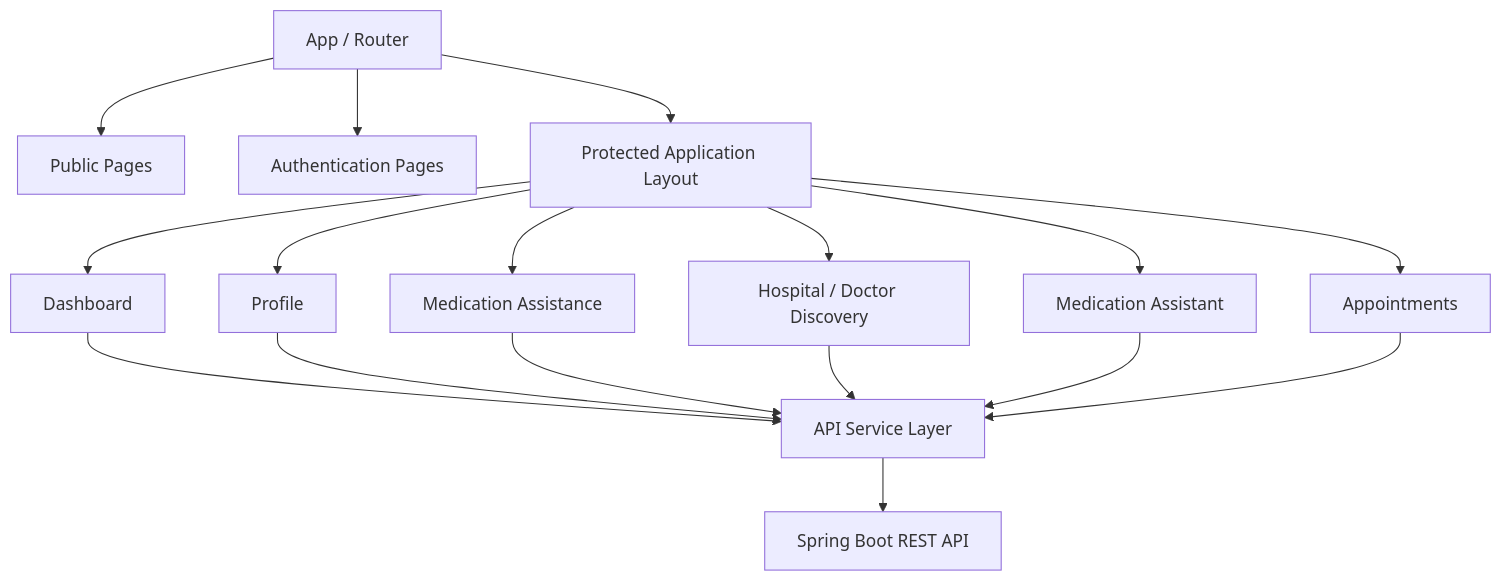
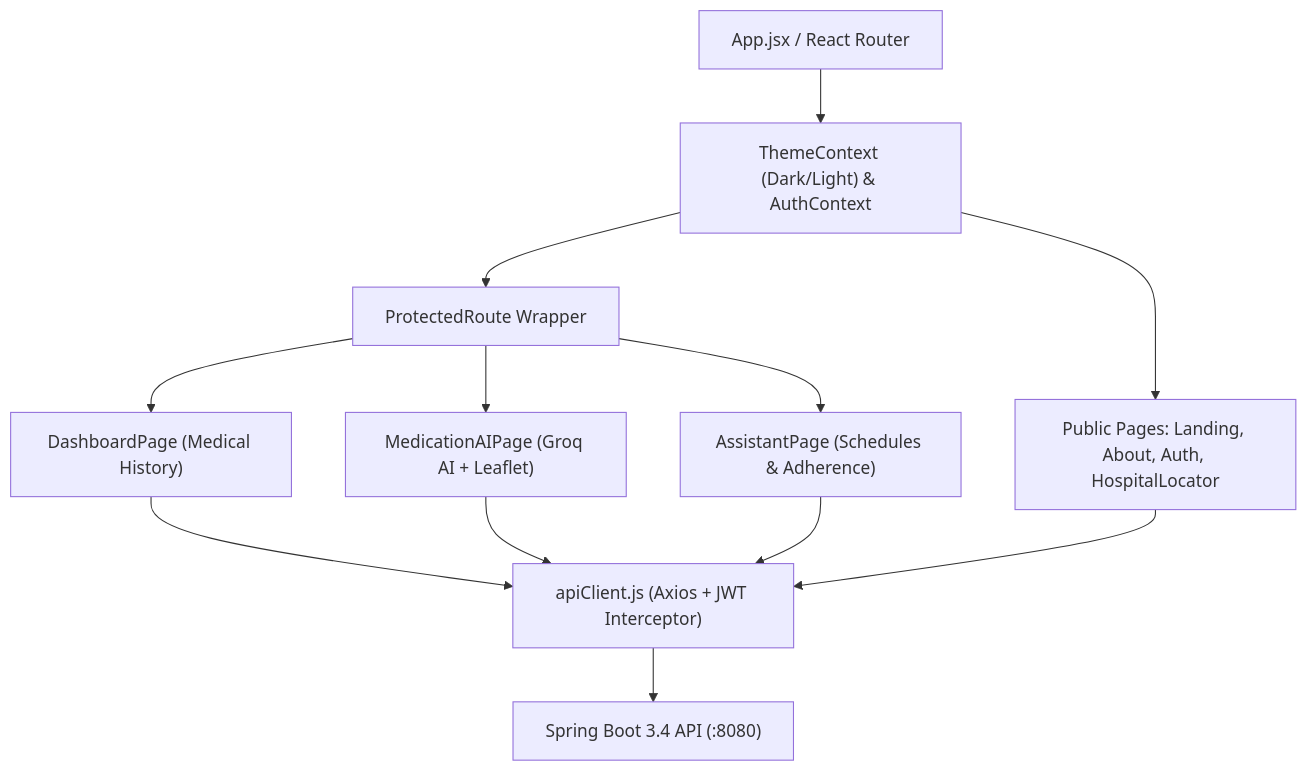
The ninth of 11 diagrams in README.md (rishavscripts/MediConnect), drawn with Mermaid before and after one commit. The commit also changed other lines of this file, not shown here.

````diff
--- a/README.md
+++ b/README.md
@@ -453,19 +345,14 @@
-``` mermaid
+```mermaid
 flowchart TD
-    APP["App / Router"] --> PUB["Public Pages"]
-    APP --> AUTH["Authentication Pages"]
-    APP --> PROT["Protected Application Layout"]
-    PROT --> DASH["Dashboard"]
-    PROT --> PROF["Profile"]
-    PROT --> MED["Medication Assistance"]
-    PROT --> DISC["Hospital / Doctor Discovery"]
-    PROT --> ASSIST["Medication Assistant"]
-    PROT --> APPT["Appointments"]
-    DASH --> API["API Service Layer"]
-    PROF --> API
+    APP["App.jsx / React Router"] --> CTX["ThemeContext (Dark/Light) & AuthContext"]
+    CTX --> PUB["Public Pages: Landing, About, Auth, HospitalLocator"]
+    CTX --> PROT["ProtectedRoute Wrapper"]
+    PROT --> DASH["DashboardPage (Medical History)"]
+    PROT --> MED["MedicationAIPage (Groq AI + Leaflet)"]
+    PROT --> ASSIST["AssistantPage (Schedules & Adherence)"]
+    DASH --> API["apiClient.js (Axios + JWT Interceptor)"]
     MED --> API
-    DISC --> API
     ASSIST --> API
-    APPT --> API
-    API --> BE["Spring Boot REST API"]
+    PUB --> API
+    API --> BE["Spring Boot 3.4 API (:8080)"]
 ```
````
